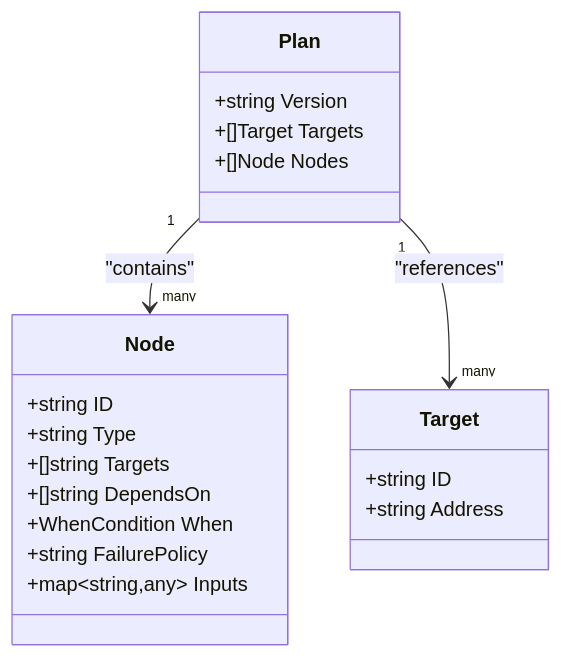
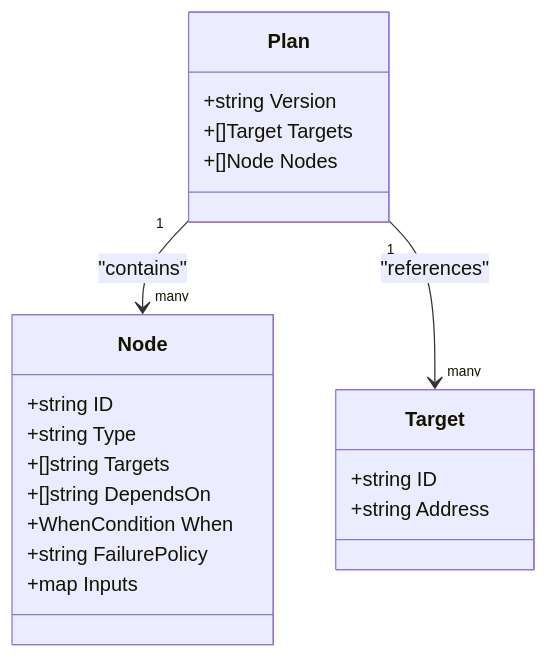
Before and after one commit to ahmednour1430464/dotdevops: the fifth of 12 diagrams in .qoder/repowiki/en/content/Testing and Validation.md, drawn with Mermaid. The commit also changed other lines of this file and 12 other files, not shown here.

````diff
--- a/.qoder/repowiki/en/content/Testing and Validation.md
+++ b/.qoder/repowiki/en/content/Testing and Validation.md
@@ -271,23 +344,23 @@
 ```mermaid
 classDiagram
 class Plan {
 +string Version
 +[]Target Targets
 +[]Node Nodes
 }
 class Target {
 +string ID
 +string Address
 }
 class Node {
 +string ID
 +string Type
 +[]string Targets
 +[]string DependsOn
 +WhenCondition When
 +string FailurePolicy
-+map~string,any~ Inputs
++map<string,any> Inputs
 }
 Plan "1" --> "many" Node : "contains"
 Plan "1" --> "many" Target : "references"
 ```
````
